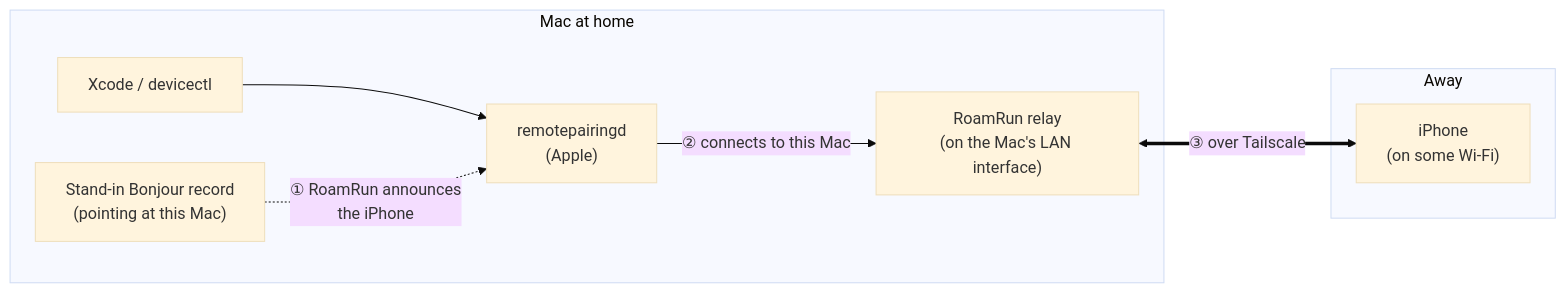
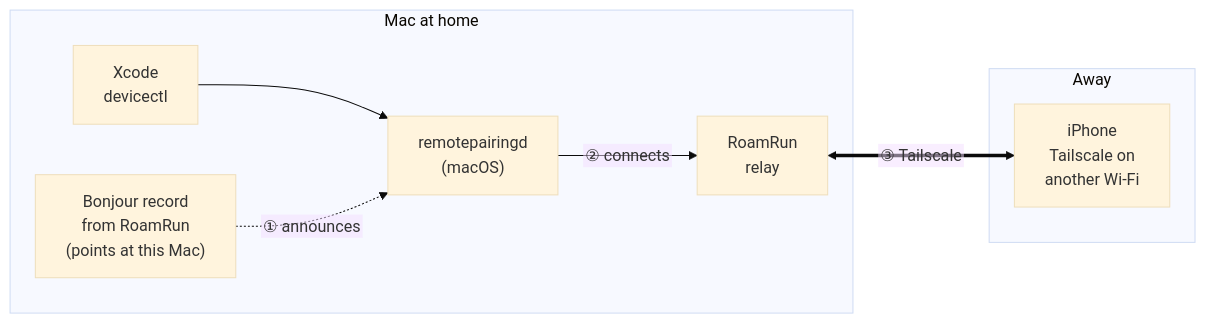
One commit to mh-mobile/RoamRun changed the first of 3 diagrams in docs/how-it-works.md. Above: the diagram before and after it, drawn with Mermaid (base theme). The commit also changed 3 other files, not shown here.

First line of the commit message:
README, How it works: one and the same first diagram

````diff
--- a/docs/how-it-works.md
+++ b/docs/how-it-works.md
@@ -20,14 +20,13 @@
 ```mermaid
+%%{init: {"flowchart": {"htmlLabels": false}}}%%
 flowchart LR
   subgraph mac["Mac at home"]
-    xcode["Xcode / devicectl"] --> rpd["remotepairingd<br/>(Apple)"]
-    fake["Stand-in Bonjour record<br/>(pointing at this Mac)"]
-    relay["RoamRun relay<br/>(on the Mac's LAN interface)"]
+    xcode["Xcode<br/>devicectl"] --> rpd["remotepairingd<br/>(macOS)"]
+    fake["Bonjour record<br/>from RoamRun<br/>(points at this Mac)"] -. "① announces" .-> rpd
+    rpd -- "② connects" --> relay["RoamRun<br/>relay"]
   end
   subgraph away["Away"]
-    iphone["iPhone<br/>(on some Wi-Fi)"]
+    iphone["iPhone<br/>Tailscale on<br/>another Wi-Fi"]
   end
-  fake -. "① RoamRun announces<br/>the iPhone" .-> rpd
-  rpd -- "② connects to this Mac" --> relay
-  relay <== "③ over Tailscale" ==> iphone
+  relay <== "③ Tailscale" ==> iphone
 ```
````
